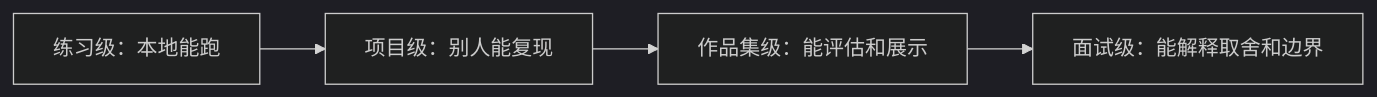
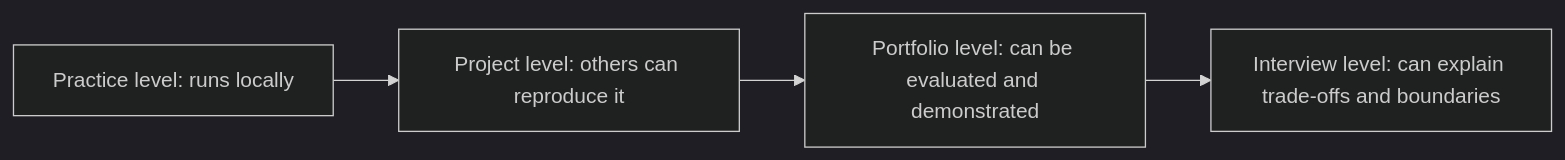
Before and after one commit to oudbiao/AI-fullstack-course: the diagram in docs/intro/portfolio-checklist.md, drawn with Mermaid (dark theme). The commit also changed other lines of this file and 1406 other files, not shown here.

````diff
--- a/docs/intro/portfolio-checklist.md
+++ b/docs/intro/portfolio-checklist.md
@@ -14,6 +14,6 @@
 ```mermaid
 flowchart LR
-  A["练习级：本地能跑"] --> B["项目级：别人能复现"]
-  B --> C["作品集级：能评估和展示"]
-  C --> D["面试级：能解释取舍和边界"]
+  A["Practice level: runs locally"] --> B["Project level: others can reproduce it"]
+  B --> C["Portfolio level: can be evaluated and demonstrated"]
+  C --> D["Interview level: can explain trade-offs and boundaries"]
 ```
````
